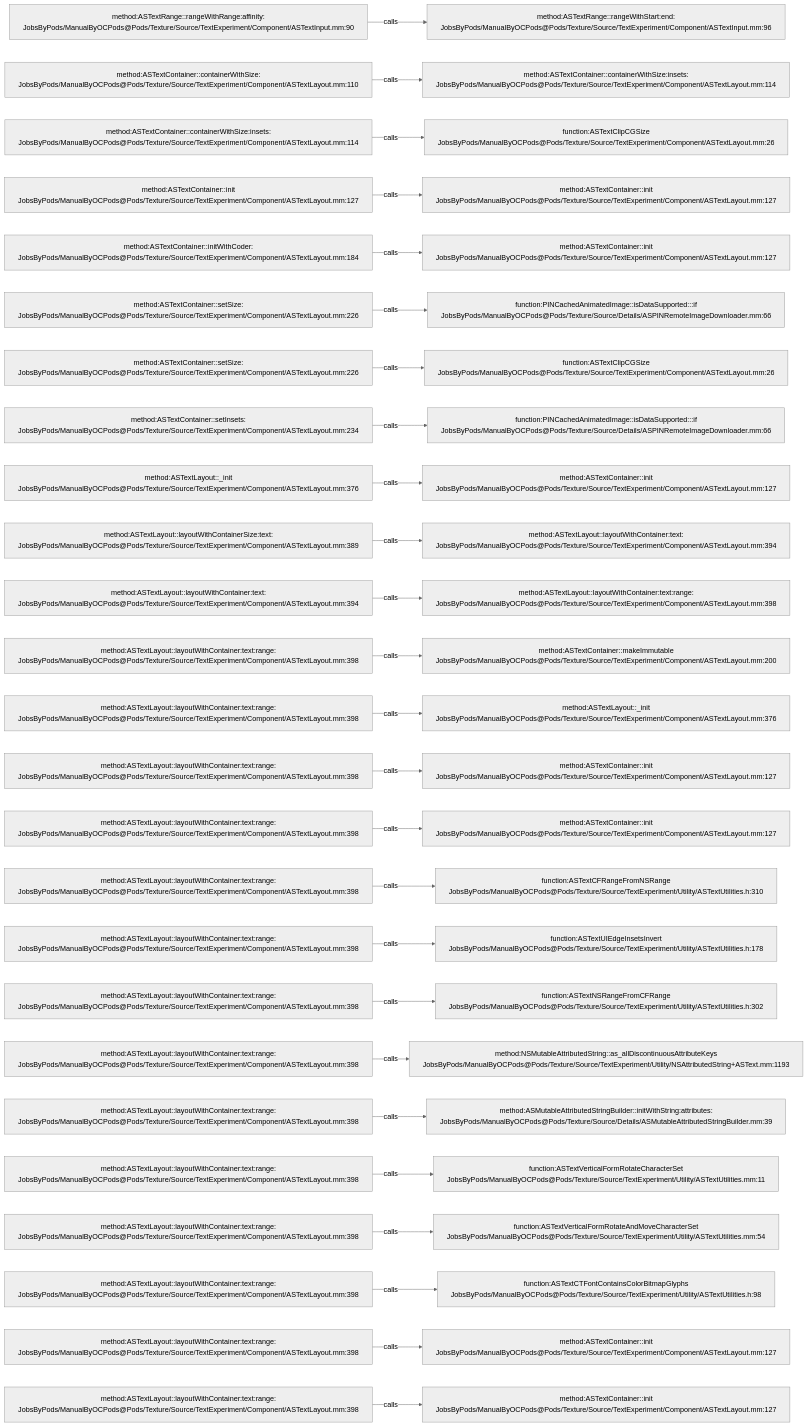
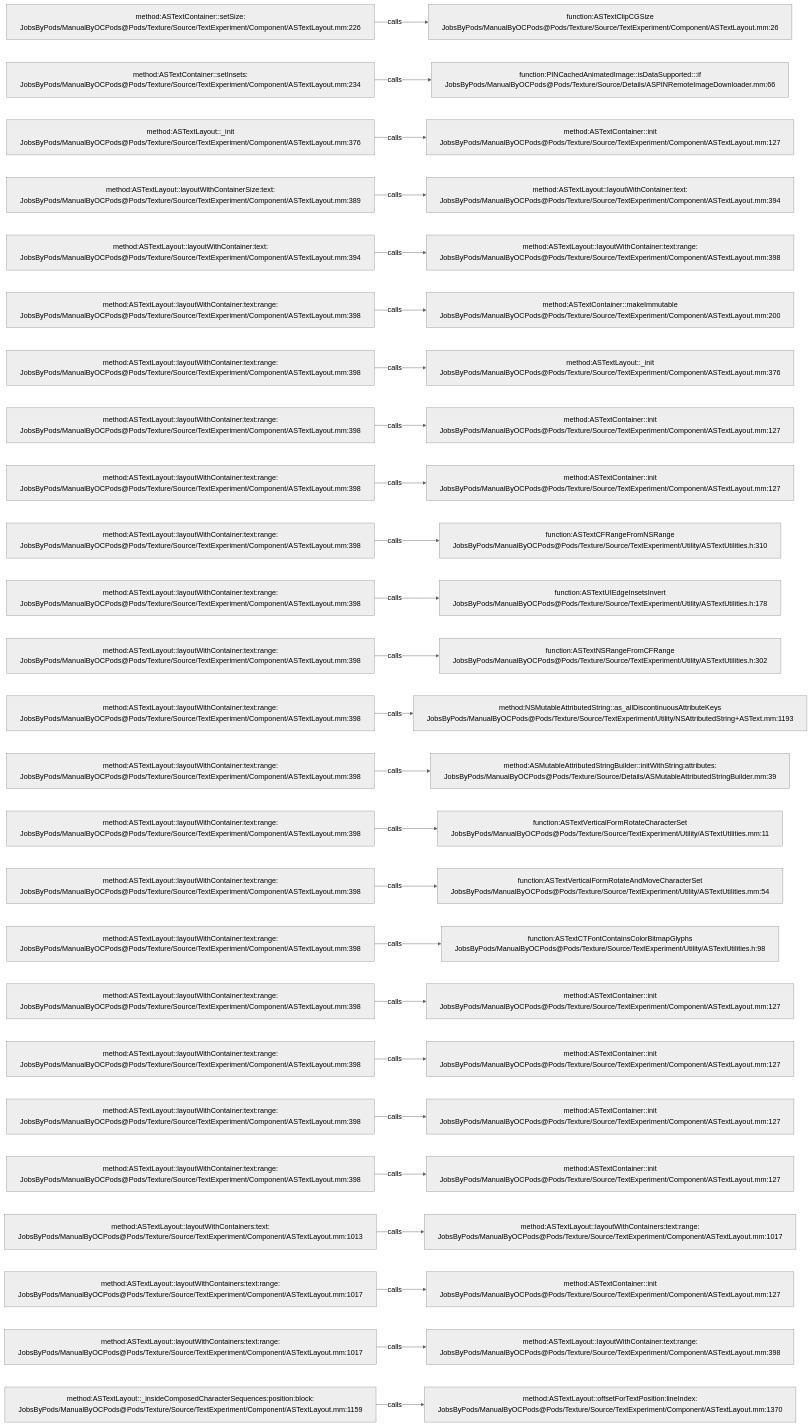
Before and after one commit to JobsKits/JobsOCBaseConfigDemo: the diagram in .codegraph/codegraph.md/graphs/calls-193.md, drawn with Mermaid (neutral theme). The commit also changed 666 other files, not shown here.

````diff
--- a/.codegraph/codegraph.md/graphs/calls-193.md
+++ b/.codegraph/codegraph.md/graphs/calls-193.md
@@ -13,78 +13,78 @@
 ```mermaid
 flowchart LR
-  S1["method:ASTextRange::rangeWithRange:affinity:<br/>JobsByPods/ManualByOCPods@Pods/Texture/Source/TextExperiment/Component/ASTextInput.mm:90"]
-  T1["method:ASTextRange::rangeWithStart:end:<br/>JobsByPods/ManualByOCPods@Pods/Texture/Source/TextExperiment/Component/ASTextInput.mm:96"]
+  S1["method:ASTextContainer::setSize:<br/>JobsByPods/ManualByOCPods@Pods/Texture/Source/TextExperiment/Component/ASTextLayout.mm:226"]
+  T1["function:ASTextClipCGSize<br/>JobsByPods/ManualByOCPods@Pods/Texture/Source/TextExperiment/Component/ASTextLayout.mm:26"]
   S1 -->|calls| T1
-  S2["method:ASTextContainer::containerWithSize:<br/>JobsByPods/ManualByOCPods@Pods/Texture/Source/TextExperiment/Component/ASTextLayout.mm:110"]
-  T2["method:ASTextContainer::containerWithSize:insets:<br/>JobsByPods/ManualByOCPods@Pods/Texture/Source/TextExperiment/Component/ASTextLayout.mm:114"]
+  S2["method:ASTextContainer::setInsets:<br/>JobsByPods/ManualByOCPods@Pods/Texture/Source/TextExperiment/Component/ASTextLayout.mm:234"]
+  T2["function:PINCachedAnimatedImage::isDataSupported:::if<br/>JobsByPods/ManualByOCPods@Pods/Texture/Source/Details/ASPINRemoteImageDownloader.mm:66"]
   S2 -->|calls| T2
-  S3["method:ASTextContainer::containerWithSize:insets:<br/>JobsByPods/ManualByOCPods@Pods/Texture/Source/TextExperiment/Component/ASTextLayout.mm:114"]
-  T3["function:ASTextClipCGSize<br/>JobsByPods/ManualByOCPods@Pods/Texture/Source/TextExperiment/Component/ASTextLayout.mm:26"]
+  S3["method:ASTextLayout::_init<br/>JobsByPods/ManualByOCPods@Pods/Texture/Source/TextExperiment/Component/ASTextLayout.mm:376"]
+  T3["method:ASTextContainer::init<br/>JobsByPods/ManualByOCPods@Pods/Texture/Source/TextExperiment/Component/ASTextLayout.mm:127"]
   S3 -->|calls| T3
-  S4["method:ASTextContainer::init<br/>JobsByPods/ManualByOCPods@Pods/Texture/Source/TextExperiment/Component/ASTextLayout.mm:127"]
-  T4["method:ASTextContainer::init<br/>JobsByPods/ManualByOCPods@Pods/Texture/Source/TextExperiment/Component/ASTextLayout.mm:127"]
+  S4["method:ASTextLayout::layoutWithContainerSize:text:<br/>JobsByPods/ManualByOCPods@Pods/Texture/Source/TextExperiment/Component/ASTextLayout.mm:389"]
+  T4["method:ASTextLayout::layoutWithContainer:text:<br/>JobsByPods/ManualByOCPods@Pods/Texture/Source/TextExperiment/Component/ASTextLayout.mm:394"]
   S4 -->|calls| T4
-  S5["method:ASTextContainer::initWithCoder:<br/>JobsByPods/ManualByOCPods@Pods/Texture/Source/TextExperiment/Component/ASTextLayout.mm:184"]
-  T5["method:ASTextContainer::init<br/>JobsByPods/ManualByOCPods@Pods/Texture/Source/TextExperiment/Component/ASTextLayout.mm:127"]
+  S5["method:ASTextLayout::layoutWithContainer:text:<br/>JobsByPods/ManualByOCPods@Pods/Texture/Source/TextExperiment/Component/ASTextLayout.mm:394"]
+  T5["method:ASTextLayout::layoutWithContainer:text:range:<br/>JobsByPods/ManualByOCPods@Pods/Texture/Source/TextExperiment/Component/ASTextLayout.mm:398"]
   S5 -->|calls| T5
-  S6["method:ASTextContainer::setSize:<br/>JobsByPods/ManualByOCPods@Pods/Texture/Source/TextExperiment/Component/ASTextLayout.mm:226"]
-  T6["function:PINCachedAnimatedImage::isDataSupported:::if<br/>JobsByPods/ManualByOCPods@Pods/Texture/Source/Details/ASPINRemoteImageDownloader.mm:66"]
+  S6["method:ASTextLayout::layoutWithContainer:text:range:<br/>JobsByPods/ManualByOCPods@Pods/Texture/Source/TextExperiment/Component/ASTextLayout.mm:398"]
+  T6["method:ASTextContainer::makeImmutable<br/>JobsByPods/ManualByOCPods@Pods/Texture/Source/TextExperiment/Component/ASTextLayout.mm:200"]
   S6 -->|calls| T6
-  S7["method:ASTextContainer::setSize:<br/>JobsByPods/ManualByOCPods@Pods/Texture/Source/TextExperiment/Component/ASTextLayout.mm:226"]
-  T7["function:ASTextClipCGSize<br/>JobsByPods/ManualByOCPods@Pods/Texture/Source/TextExperiment/Component/ASTextLayout.mm:26"]
+  S7["method:ASTextLayout::layoutWithContainer:text:range:<br/>JobsByPods/ManualByOCPods@Pods/Texture/Source/TextExperiment/Component/ASTextLayout.mm:398"]
+  T7["method:ASTextLayout::_init<br/>JobsByPods/ManualByOCPods@Pods/Texture/Source/TextExperiment/Component/ASTextLayout.mm:376"]
   S7 -->|calls| T7
-  S8["method:ASTextContainer::setInsets:<br/>JobsByPods/ManualByOCPods@Pods/Texture/Source/TextExperiment/Component/ASTextLayout.mm:234"]
-  T8["function:PINCachedAnimatedImage::isDataSupported:::if<br/>JobsByPods/ManualByOCPods@Pods/Texture/Source/Details/ASPINRemoteImageDownloader.mm:66"]
+  S8["method:ASTextLayout::layoutWithContainer:text:range:<br/>JobsByPods/ManualByOCPods@Pods/Texture/Source/TextExperiment/Component/ASTextLayout.mm:398"]
+  T8["method:ASTextContainer::init<br/>JobsByPods/ManualByOCPods@Pods/Texture/Source/TextExperiment/Component/ASTextLayout.mm:127"]
   S8 -->|calls| T8
-  S9["method:ASTextLayout::_init<br/>JobsByPods/ManualByOCPods@Pods/Texture/Source/TextExperiment/Component/ASTextLayout.mm:376"]
+  S9["method:ASTextLayout::layoutWithContainer:text:range:<br/>JobsByPods/ManualByOCPods@Pods/Texture/Source/TextExperiment/Component/ASTextLayout.mm:398"]
   T9["method:ASTextContainer::init<br/>JobsByPods/ManualByOCPods@Pods/Texture/Source/TextExperiment/Component/ASTextLayout.mm:127"]
   S9 -->|calls| T9
-  S10["method:ASTextLayout::layoutWithContainerSize:text:<br/>JobsByPods/ManualByOCPods@Pods/Texture/Source/TextExperiment/Component/ASTextLayout.mm:389"]
-  T10["method:ASTextLayout::layoutWithContainer:text:<br/>JobsByPods/ManualByOCPods@Pods/Texture/Source/TextExperiment/Component/ASTextLayout.mm:394"]
+  S10["method:ASTextLayout::layoutWithContainer:text:range:<br/>JobsByPods/ManualByOCPods@Pods/Texture/Source/TextExperiment/Component/ASTextLayout.mm:398"]
+  T10["function:ASTextCFRangeFromNSRange<br/>JobsByPods/ManualByOCPods@Pods/Texture/Source/TextExperiment/Utility/ASTextUtilities.h:310"]
   S10 -->|calls| T10
-  S11["method:ASTextLayout::layoutWithContainer:text:<br/>JobsByPods/ManualByOCPods@Pods/Texture/Source/TextExperiment/Component/ASTextLayout.mm:394"]
-  T11["method:ASTextLayout::layoutWithContainer:text:range:<br/>JobsByPods/ManualByOCPods@Pods/Texture/Source/TextExperiment/Component/ASTextLayout.mm:398"]
+  S11["method:ASTextLayout::layoutWithContainer:text:range:<br/>JobsByPods/ManualByOCPods@Pods/Texture/Source/TextExperiment/Component/ASTextLayout.mm:398"]
+  T11["function:ASTextUIEdgeInsetsInvert<br/>JobsByPods/ManualByOCPods@Pods/Texture/Source/TextExperiment/Utility/ASTextUtilities.h:178"]
   S11 -->|calls| T11
   S12["method:ASTextLayout::layoutWithContainer:text:range:<br/>JobsByPods/ManualByOCPods@Pods/Texture/Source/TextExperiment/Component/ASTextLayout.mm:398"]
-  T12["method:ASTextContainer::makeImmutable<br/>JobsByPods/ManualByOCPods@Pods/Texture/Source/TextExperiment/Component/ASTextLayout.mm:200"]
+  T12["function:ASTextNSRangeFromCFRange<br/>JobsByPods/ManualByOCPods@Pods/Texture/Source/TextExperiment/Utility/ASTextUtilities.h:302"]
   S12 -->|calls| T12
   S13["method:ASTextLayout::layoutWithContainer:text:range:<br/>JobsByPods/ManualByOCPods@Pods/Texture/Source/TextExperiment/Component/ASTextLayout.mm:398"]
-  T13["method:ASTextLayout::_init<br/>JobsByPods/ManualByOCPods@Pods/Texture/Source/TextExperiment/Component/ASTextLayout.mm:376"]
+  T13["method:NSMutableAttributedString::as_allDiscontinuousAttributeKeys<br/>JobsByPods/ManualByOCPods@Pods/Texture/Source/TextExperiment/Utility/NSAttributedString+ASText.mm:1193"]
   S13 -->|calls| T13
   S14["method:ASTextLayout::layoutWithContainer:text:range:<br/>JobsByPods/ManualByOCPods@Pods/Texture/Source/TextExperiment/Component/ASTextLayout.mm:398"]
-  T14["method:ASTextContainer::init<br/>JobsByPods/ManualByOCPods@Pods/Texture/Source/TextExperiment/Component/ASTextLayout.mm:127"]
+  T14["method:ASMutableAttributedStringBuilder::initWithString:attributes:<br/>JobsByPods/ManualByOCPods@Pods/Texture/Source/Details/ASMutableAttributedStringBuilder.mm:39"]
   S14 -->|calls| T14
   S15["method:ASTextLayout::layoutWithContainer:text:range:<br/>JobsByPods/ManualByOCPods@Pods/Texture/Source/TextExperiment/Component/ASTextLayout.mm:398"]
-  T15["method:ASTextContainer::init<br/>JobsByPods/ManualByOCPods@Pods/Texture/Source/TextExperiment/Component/ASTextLayout.mm:127"]
+  T15["function:ASTextVerticalFormRotateCharacterSet<br/>JobsByPods/ManualByOCPods@Pods/Texture/Source/TextExperiment/Utility/ASTextUtilities.mm:11"]
   S15 -->|calls| T15
   S16["method:ASTextLayout::layoutWithContainer:text:range:<br/>JobsByPods/ManualByOCPods@Pods/Texture/Source/TextExperiment/Component/ASTextLayout.mm:398"]
-  T16["function:ASTextCFRangeFromNSRange<br/>JobsByPods/ManualByOCPods@Pods/Texture/Source/TextExperiment/Utility/ASTextUtilities.h:310"]
+  T16["function:ASTextVerticalFormRotateAndMoveCharacterSet<br/>JobsByPods/ManualByOCPods@Pods/Texture/Source/TextExperiment/Utility/ASTextUtilities.mm:54"]
   S16 -->|calls| T16
   S17["method:ASTextLayout::layoutWithContainer:text:range:<br/>JobsByPods/ManualByOCPods@Pods/Texture/Source/TextExperiment/Component/ASTextLayout.mm:398"]
-  T17["function:ASTextUIEdgeInsetsInvert<br/>JobsByPods/ManualByOCPods@Pods/Texture/Source/TextExperiment/Utility/ASTextUtilities.h:178"]
+  T17["function:ASTextCTFontContainsColorBitmapGlyphs<br/>JobsByPods/ManualByOCPods@Pods/Texture/Source/TextExperiment/Utility/ASTextUtilities.h:98"]
   S17 -->|calls| T17
   S18["method:ASTextLayout::layoutWithContainer:text:range:<br/>JobsByPods/ManualByOCPods@Pods/Texture/Source/TextExperiment/Component/ASTextLayout.mm:398"]
-  T18["function:ASTextNSRangeFromCFRange<br/>JobsByPods/ManualByOCPods@Pods/Texture/Source/TextExperiment/Utility/ASTextUtilities.h:302"]
+  T18["method:ASTextContainer::init<br/>JobsByPods/ManualByOCPods@Pods/Texture/Source/TextExperiment/Component/ASTextLayout.mm:127"]
   S18 -->|calls| T18
   S19["method:ASTextLayout::layoutWithContainer:text:range:<br/>JobsByPods/ManualByOCPods@Pods/Texture/Source/TextExperiment/Component/ASTextLayout.mm:398"]
-  T19["method:NSMutableAttributedString::as_allDiscontinuousAttributeKeys<br/>JobsByPods/ManualByOCPods@Pods/Texture/Source/TextExperiment/Utility/NSAttributedString+ASText.mm:1193"]
+  T19["method:ASTextContainer::init<br/>JobsByPods/ManualByOCPods@Pods/Texture/Source/TextExperiment/Component/ASTextLayout.mm:127"]
   S19 -->|calls| T19
   S20["method:ASTextLayout::layoutWithContainer:text:range:<br/>JobsByPods/ManualByOCPods@Pods/Texture/Source/TextExperiment/Component/ASTextLayout.mm:398"]
-  T20["method:ASMutableAttributedStringBuilder::initWithString:attributes:<br/>JobsByPods/ManualByOCPods@Pods/Texture/Source/Details/ASMutableAttributedStringBuilder.mm:39"]
+  T20["method:ASTextContainer::init<br/>JobsByPods/ManualByOCPods@Pods/Texture/Source/TextExperiment/Component/ASTextLayout.mm:127"]
   S20 -->|calls| T20
   S21["method:ASTextLayout::layoutWithContainer:text:range:<br/>JobsByPods/ManualByOCPods@Pods/Texture/Source/TextExperiment/Component/ASTextLayout.mm:398"]
-  T21["function:ASTextVerticalFormRotateCharacterSet<br/>JobsByPods/ManualByOCPods@Pods/Texture/Source/TextExperiment/Utility/ASTextUtilities.mm:11"]
+  T21["method:ASTextContainer::init<br/>JobsByPods/ManualByOCPods@Pods/Texture/Source/TextExperiment/Component/ASTextLayout.mm:127"]
   S21 -->|calls| T21
-  S22["method:ASTextLayout::layoutWithContainer:text:range:<br/>JobsByPods/ManualByOCPods@Pods/Texture/Source/TextExperiment/Component/ASTextLayout.mm:398"]
-  T22["function:ASTextVerticalFormRotateAndMoveCharacterSet<br/>JobsByPods/ManualByOCPods@Pods/Texture/Source/TextExperiment/Utility/ASTextUtilities.mm:54"]
+  S22["method:ASTextLayout::layoutWithContainers:text:<br/>JobsByPods/ManualByOCPods@Pods/Texture/Source/TextExperiment/Component/ASTextLayout.mm:1013"]
+  T22["method:ASTextLayout::layoutWithContainers:text:range:<br/>JobsByPods/ManualByOCPods@Pods/Texture/Source/TextExperiment/Component/ASTextLayout.mm:1017"]
   S22 -->|calls| T22
-  S23["method:ASTextLayout::layoutWithContainer:text:range:<br/>JobsByPods/ManualByOCPods@Pods/Texture/Source/TextExperiment/Component/ASTextLayout.mm:398"]
-  T23["function:ASTextCTFontContainsColorBitmapGlyphs<br/>JobsByPods/ManualByOCPods@Pods/Texture/Source/TextExperiment/Utility/ASTextUtilities.h:98"]
+  S23["method:ASTextLayout::layoutWithContainers:text:range:<br/>JobsByPods/ManualByOCPods@Pods/Texture/Source/TextExperiment/Component/ASTextLayout.mm:1017"]
+  T23["method:ASTextContainer::init<br/>JobsByPods/ManualByOCPods@Pods/Texture/Source/TextExperiment/Component/ASTextLayout.mm:127"]
   S23 -->|calls| T23
-  S24["method:ASTextLayout::layoutWithContainer:text:range:<br/>JobsByPods/ManualByOCPods@Pods/Texture/Source/TextExperiment/Component/ASTextLayout.mm:398"]
-  T24["method:ASTextContainer::init<br/>JobsByPods/ManualByOCPods@Pods/Texture/Source/TextExperiment/Component/ASTextLayout.mm:127"]
+  S24["method:ASTextLayout::layoutWithContainers:text:range:<br/>JobsByPods/ManualByOCPods@Pods/Texture/Source/TextExperiment/Component/ASTextLayout.mm:1017"]
+  T24["method:ASTextLayout::layoutWithContainer:text:range:<br/>JobsByPods/ManualByOCPods@Pods/Texture/Source/TextExperiment/Component/ASTextLayout.mm:398"]
   S24 -->|calls| T24
-  S25["method:ASTextLayout::layoutWithContainer:text:range:<br/>JobsByPods/ManualByOCPods@Pods/Texture/Source/TextExperiment/Component/ASTextLayout.mm:398"]
-  T25["method:ASTextContainer::init<br/>JobsByPods/ManualByOCPods@Pods/Texture/Source/TextExperiment/Component/ASTextLayout.mm:127"]
+  S25["method:ASTextLayout::_insideComposedCharacterSequences:position:block:<br/>JobsByPods/ManualByOCPods@Pods/Texture/Source/TextExperiment/Component/ASTextLayout.mm:1159"]
+  T25["method:ASTextLayout::offsetForTextPosition:lineIndex:<br/>JobsByPods/ManualByOCPods@Pods/Texture/Source/TextExperiment/Component/ASTextLayout.mm:1370"]
   S25 -->|calls| T25
 ```
````
